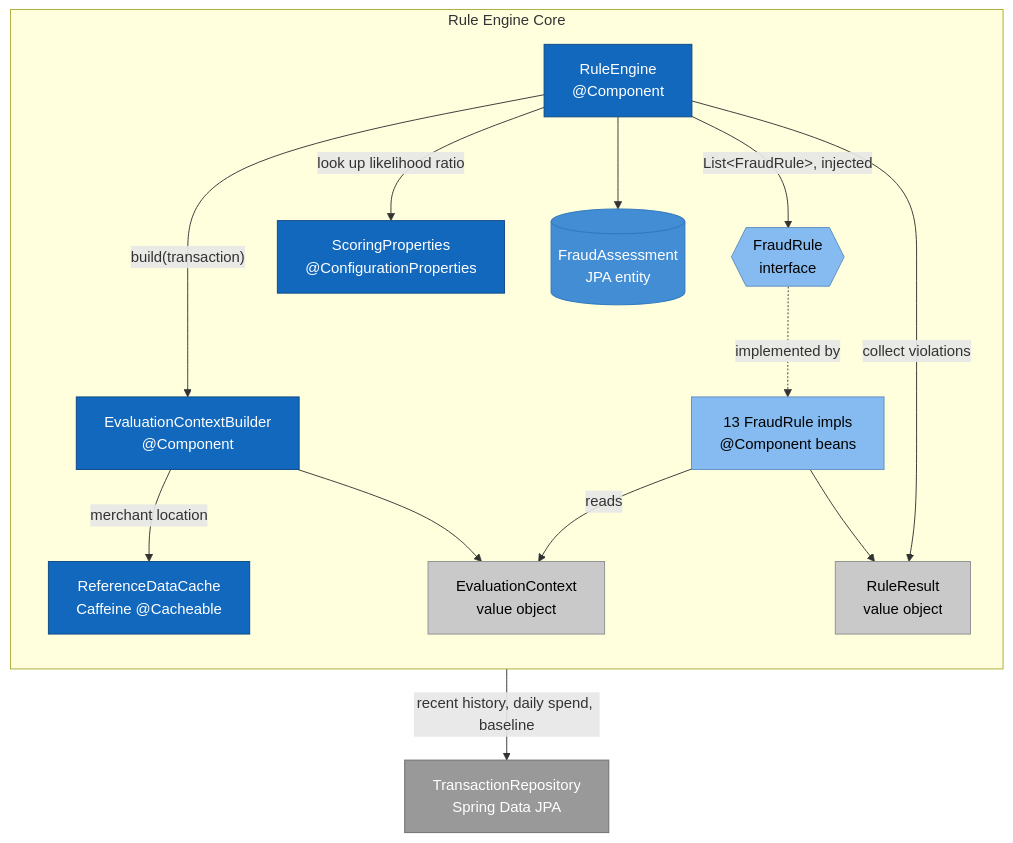
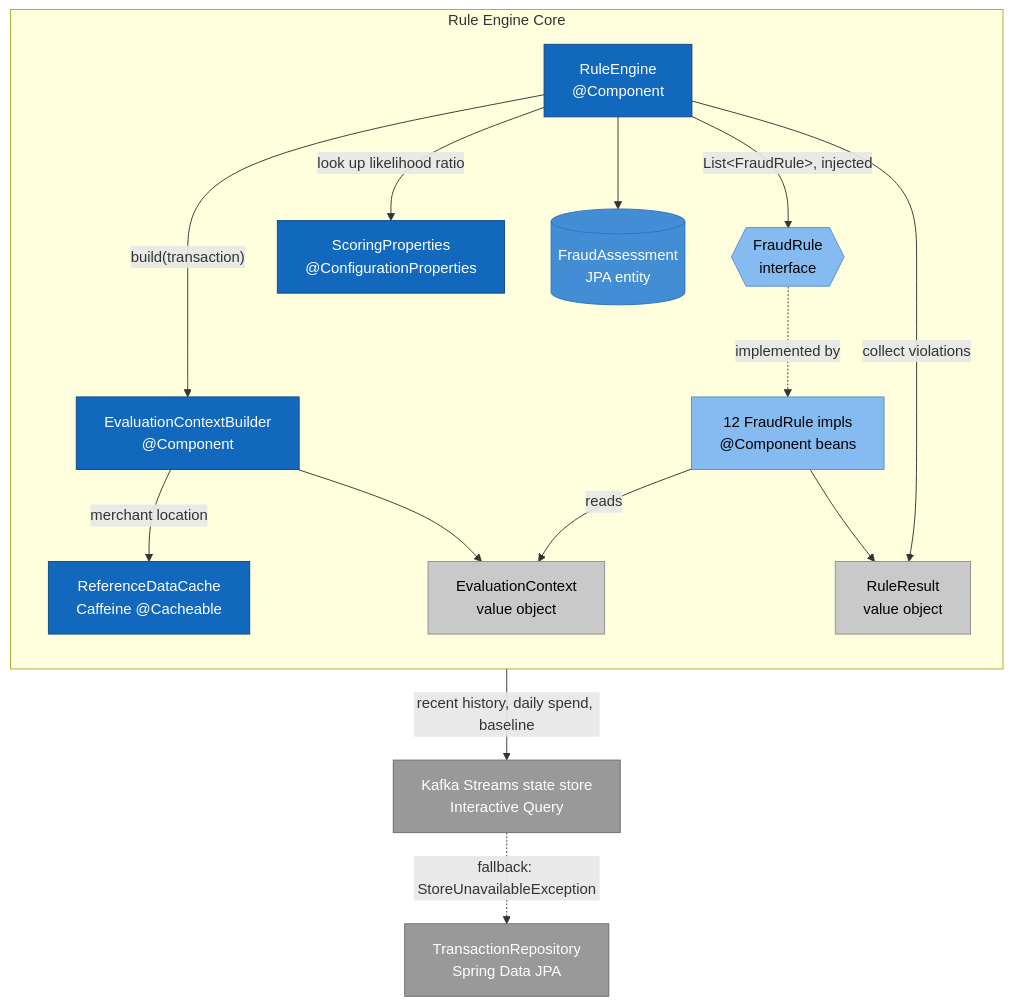
Before and after one commit to mubiD/fraud-engine: the diagram in docs/architecture/03-component.md, drawn with Mermaid. The commit also changed other lines of this file and 12 other files, not shown here.

````diff
--- a/docs/architecture/03-component.md
+++ b/docs/architecture/03-component.md
@@ -7,41 +7,43 @@
 ```mermaid
 flowchart TB
   subgraph boundary["Rule Engine Core"]
     direction TB
     ruleEngine["RuleEngine<br/>@Component"]
     fraudRuleIface{{"FraudRule<br/>interface"}}
-    rules["13 FraudRule impls<br/>@Component beans"]
+    rules["12 FraudRule impls<br/>@Component beans"]
     contextBuilder["EvaluationContextBuilder<br/>@Component"]
     context["EvaluationContext<br/>value object"]
     referenceCache["ReferenceDataCache<br/>Caffeine @Cacheable"]
     scoringProps["ScoringProperties<br/>@ConfigurationProperties"]
     ruleResult["RuleResult<br/>value object"]
     assessment[("FraudAssessment<br/>JPA entity")]
   end
 
   transactionRepo["TransactionRepository<br/>Spring Data JPA"]
+  streamsStore["Kafka Streams state store<br/>Interactive Query"]
 
   ruleEngine -->|"build(transaction)"| contextBuilder
   contextBuilder -->|"merchant location"| referenceCache
-  contextBuilder -->|"recent history, daily spend, baseline"| transactionRepo
+  contextBuilder -->|"recent history, daily spend, baseline"| streamsStore
+  streamsStore -.->|"fallback: StoreUnavailableException"| transactionRepo
   contextBuilder --> context
   ruleEngine -->|"List&lt;FraudRule&gt;, injected"| fraudRuleIface
   fraudRuleIface -.implemented by.-> rules
   rules -->|reads| context
   rules --> ruleResult
   ruleEngine -->|"collect violations"| ruleResult
   ruleEngine -->|"look up likelihood ratio"| scoringProps
   ruleEngine --> assessment
 
   classDef component fill:#1168bd,color:#fff,stroke:#0b4884
   classDef iface fill:#85bbf0,color:#000,stroke:#5d8fc0
   classDef value fill:#c9c9c9,color:#000,stroke:#8f8f8f
   classDef db fill:#438dd5,color:#fff,stroke:#2d76bd
   classDef ext fill:#999999,color:#fff,stroke:#6b6b6b
 
   class ruleEngine,contextBuilder,referenceCache,scoringProps component
   class fraudRuleIface,rules iface
   class context,ruleResult value
   class assessment db
-  class transactionRepo ext
+  class transactionRepo,streamsStore ext
 ```
````
